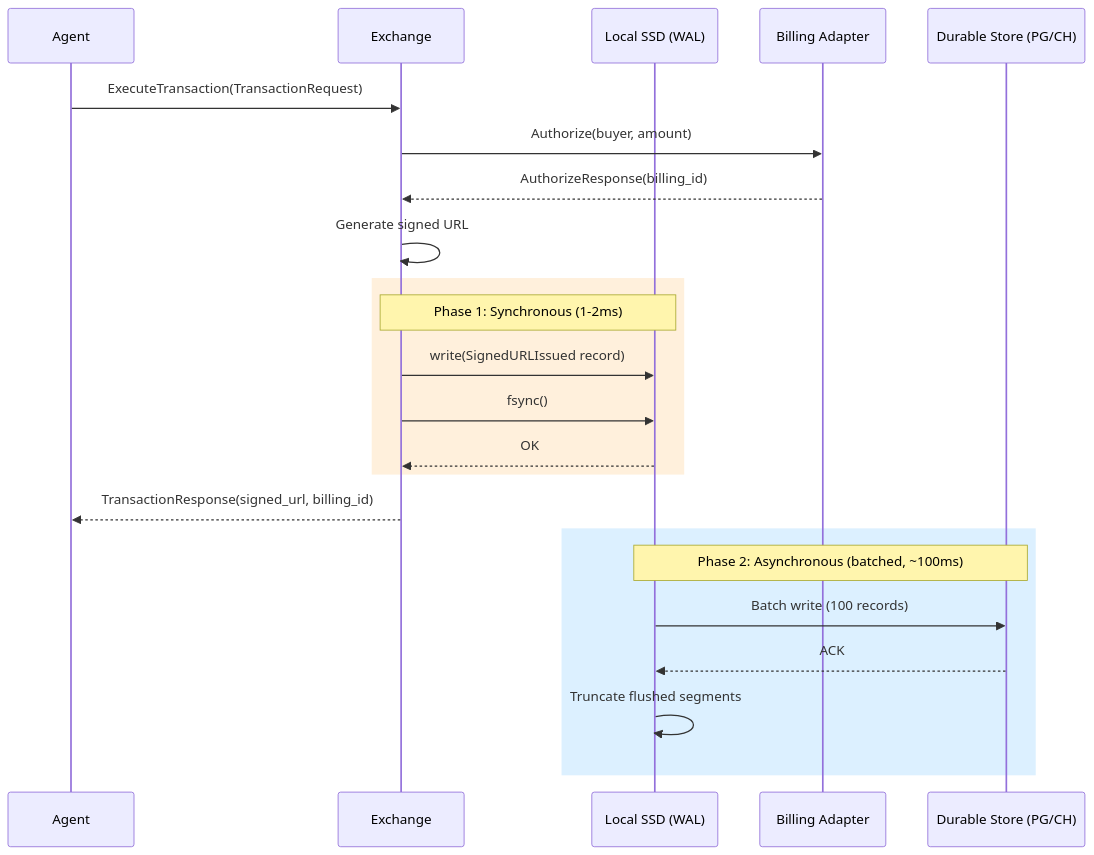
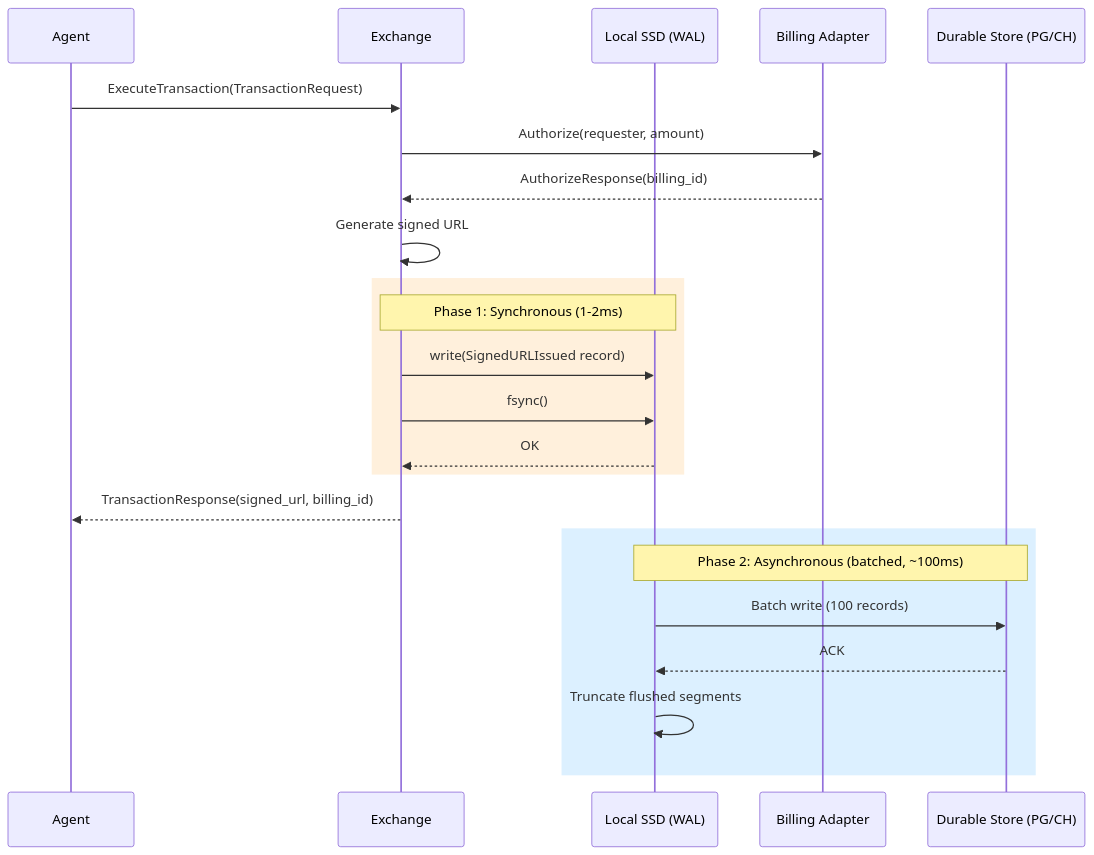
One commit to RAMP-Protocol/protocol changed the first of 3 diagrams in website/src/content/docs/components/transaction-log/overview.mdx. Above: the diagram before and after it, drawn with Mermaid. The commit also changed other lines of this file and 22 other files, not shown here.

````diff
--- a/website/src/content/docs/components/transaction-log/overview.mdx
+++ b/website/src/content/docs/components/transaction-log/overview.mdx
@@ -31,29 +31,29 @@
 ```mermaid
 sequenceDiagram
     participant Agent
     participant MP as Exchange
     participant SSD as Local SSD (WAL)
     participant BA as Billing Adapter
     participant Store as Durable Store (PG/CH)
 
     Agent->>MP: ExecuteTransaction(TransactionRequest)
-    MP->>BA: Authorize(buyer, amount)
+    MP->>BA: Authorize(requester, amount)
     BA-->>MP: AuthorizeResponse(billing_id)
     MP->>MP: Generate signed URL
 
     rect rgb(255, 240, 220)
         Note over MP,SSD: Phase 1: Synchronous (1-2ms)
         MP->>SSD: write(SignedURLIssued record)
         MP->>SSD: fsync()
         SSD-->>MP: OK
     end
 
     MP-->>Agent: TransactionResponse(signed_url, billing_id)
 
     rect rgb(220, 240, 255)
         Note over SSD,Store: Phase 2: Asynchronous (batched, ~100ms)
         SSD->>Store: Batch write (100 records)
         Store-->>SSD: ACK
         SSD->>SSD: Truncate flushed segments
     end
 ```
````
